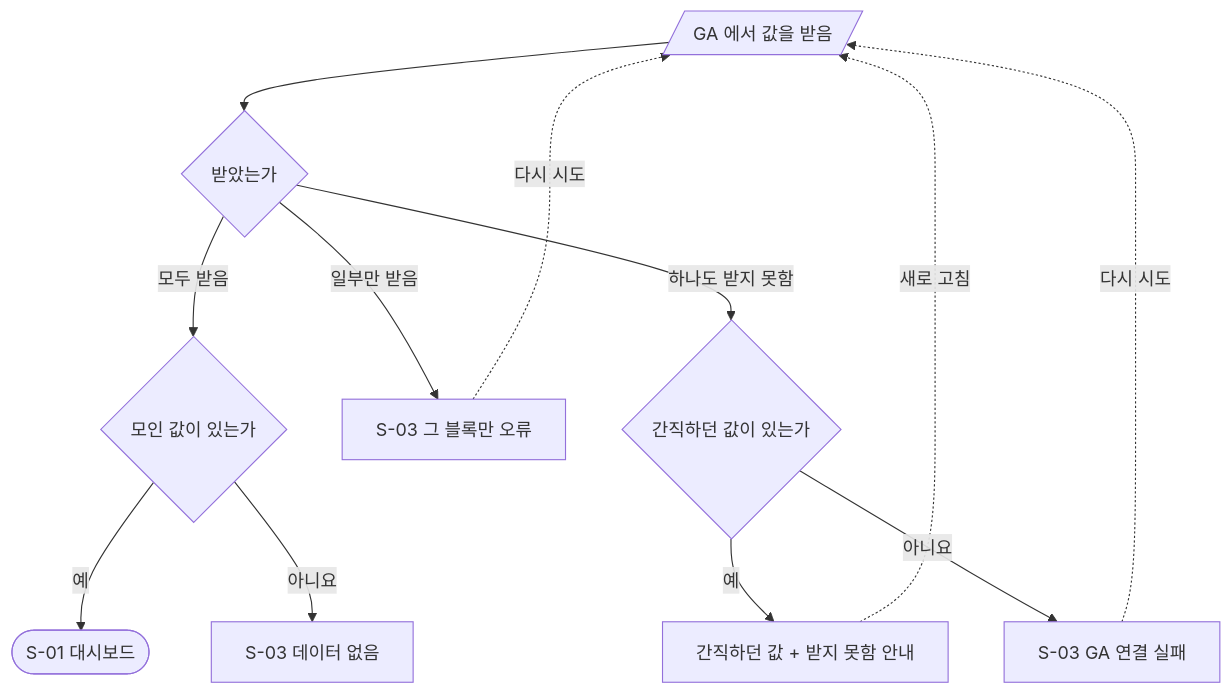
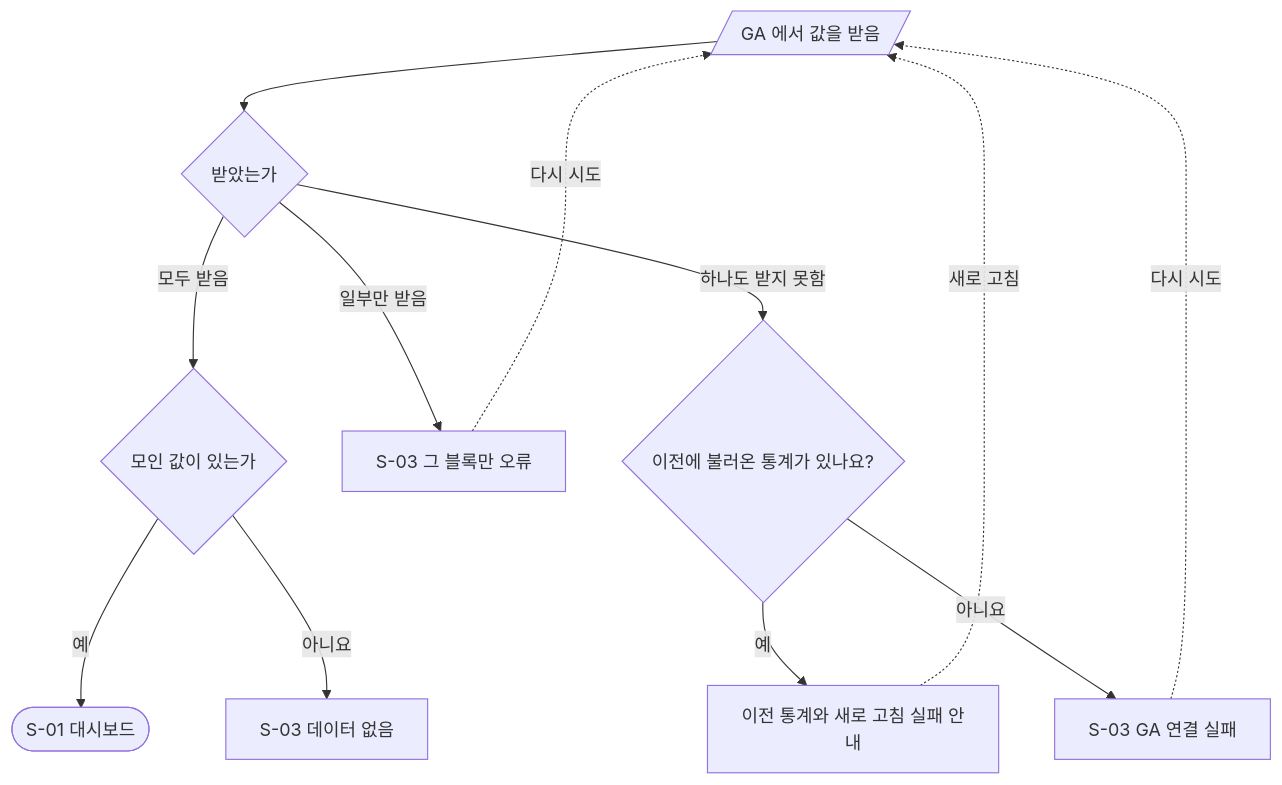
The third of 3 diagrams in docs/plan/admin/dashboard/userflow.md (GUNIZZI/portfolio), drawn with Mermaid before and after one commit. The commit also changed other lines of this file and 18 other files, not shown here.

````diff
--- a/docs/plan/admin/dashboard/userflow.md
+++ b/docs/plan/admin/dashboard/userflow.md
@@ -50,14 +50,14 @@
 ```mermaid
 flowchart TD
     GA[/"GA 에서 값을 받음"/]:::api --> R{"받았는가"}:::decision
     R -->|"모두 받음"| E{"모인 값이 있는가"}:::decision
     E -->|"예"| D(["S-01 대시보드"]):::done
     E -->|"아니요"| EMPTY["S-03 데이터 없음"]:::warn
     R -->|"일부만 받음"| PART["S-03 그 블록만 오류"]:::warn
-    R -->|"하나도 받지 못함"| OLD{"간직하던 값이 있는가"}:::decision
-    OLD -->|"예"| STALE["간직하던 값 + 받지 못함 안내"]:::warn
+    R -->|"하나도 받지 못함"| OLD{"이전에 불러온 통계가 있나요?"}:::decision
+    OLD -->|"예"| STALE["이전 통계와 새로 고침 실패 안내"]:::warn
     OLD -->|"아니요"| ERR["S-03 GA 연결 실패"]:::warn
     PART -.->|"다시 시도"| GA
     STALE -.->|"새로 고침"| GA
     ERR -.->|"다시 시도"| GA
 ```
````
